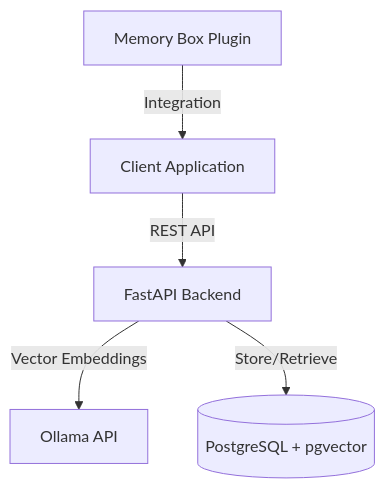
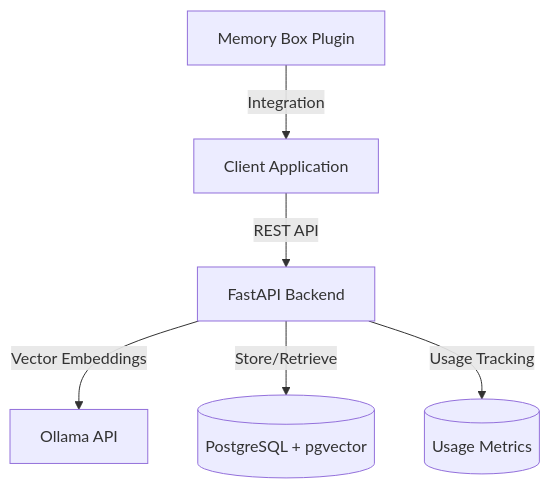
Before and after one commit to amotivv/memory-box: the first of 2 diagrams in memory-box-overview.md, drawn with Mermaid. The commit also changed other lines of this file and 12 other files, not shown here.

Commit message:
feat: usage tracking. update license

````diff
--- a/memory-box-overview.md
+++ b/memory-box-overview.md
@@ -7,7 +7,8 @@
 ```mermaid
 graph TD
     Client[Client Application] -->|REST API| Backend
     Backend[FastAPI Backend] -->|Vector Embeddings| Ollama[Ollama API]
     Backend -->|Store/Retrieve| DB[(PostgreSQL + pgvector)]
     Plugin[Memory Box Plugin] -->|Integration| Client
+    Backend -->|Usage Tracking| Metrics[(Usage Metrics)]
 ```
````
